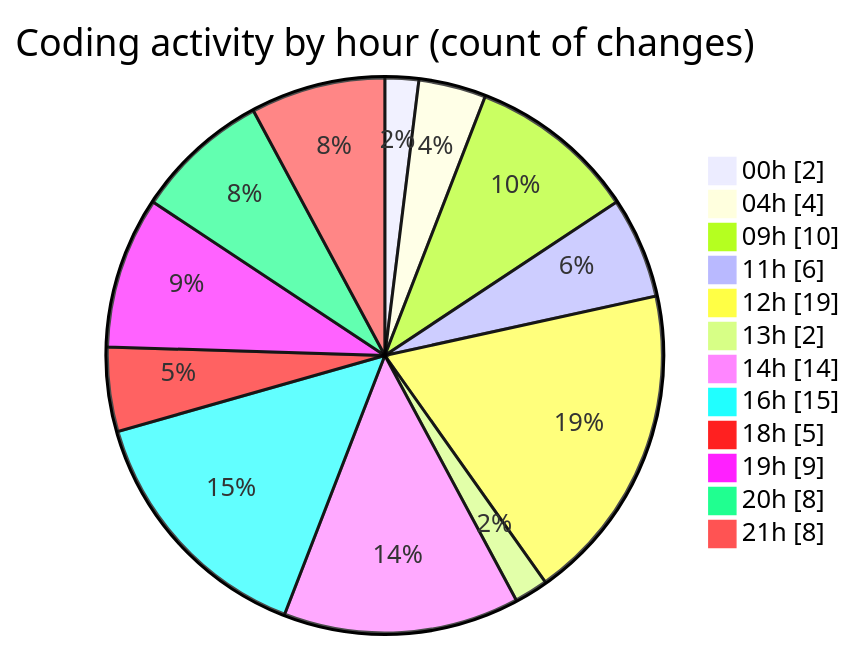
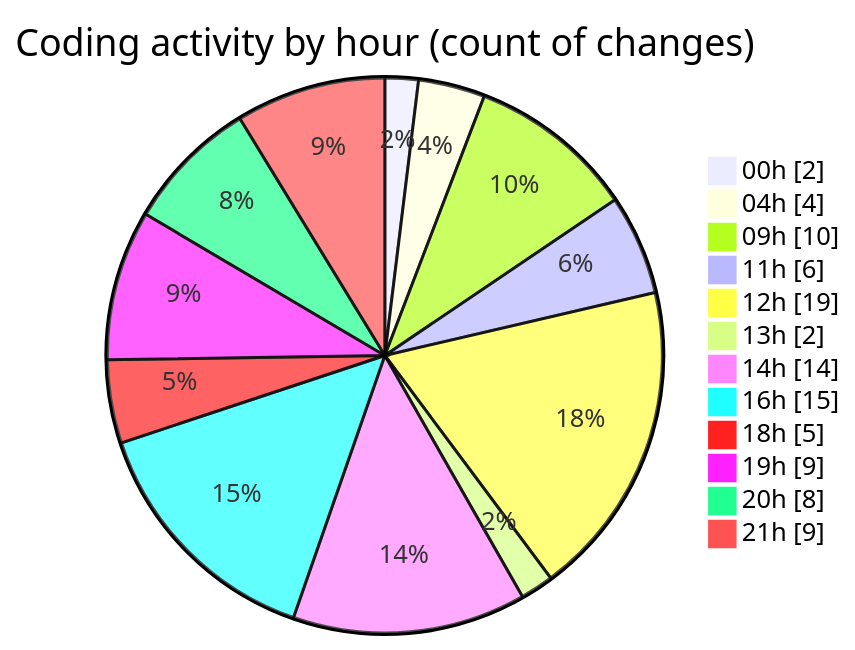
Before and after one commit to julien-gomy/code-tracking: the second of 2 diagrams in 2025-10-28/eventscop-frontend-guide__workspace_/README.md, drawn with Mermaid. The commit also changed other lines of this file and 1 other file, not shown here.

````diff
--- a/2025-10-28/eventscop-frontend-guide__workspace_/README.md
+++ b/2025-10-28/eventscop-frontend-guide__workspace_/README.md
@@ -64,16 +65,16 @@
 ```mermaid
 pie showData
 title Coding activity by hour (count of changes)
 "00h" : 2
 "04h" : 4
 "09h" : 10
 "11h" : 6
 "12h" : 19
 "13h" : 2
 "14h" : 14
 "16h" : 15
 "18h" : 5
 "19h" : 9
 "20h" : 8
-"21h" : 8
+"21h" : 9
 ```
````
